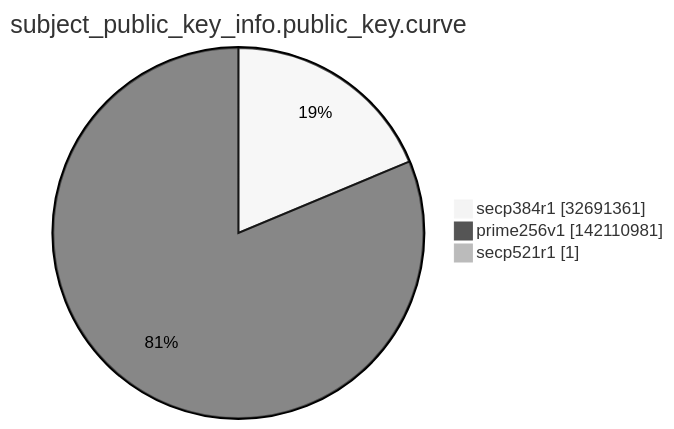
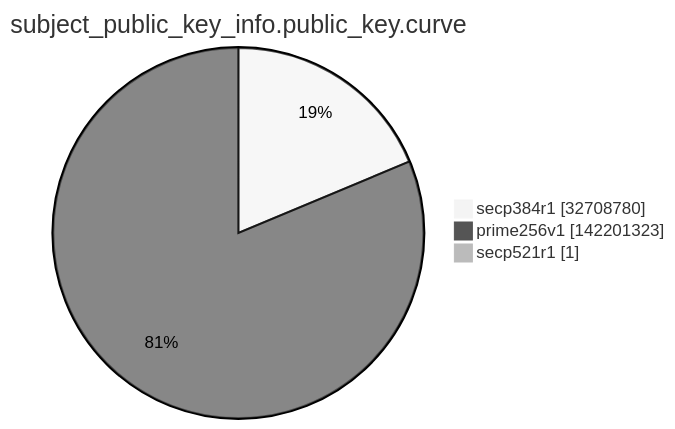
The ninth of 15 diagrams in argon2022/README.md (christiankrug/ctmonitor_visualization), drawn with Mermaid (neutral theme) before and after one commit. The commit also changed other lines of this file, not shown here.

````diff
--- a/argon2022/README.md
+++ b/argon2022/README.md
@@ -2763,7 +2763,7 @@
 ```mermaid
 pie showData
 title subject_public_key_info.public_key.curve
-"secp384r1" :32691361
-"prime256v1" :142110981
+"secp384r1" :32708780
+"prime256v1" :142201323
 "secp521r1" :1
 ```
````
